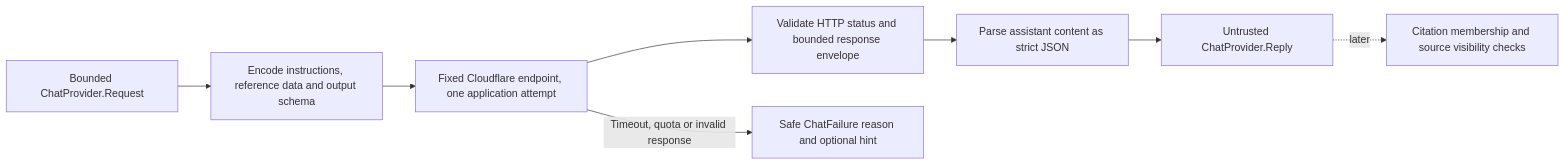
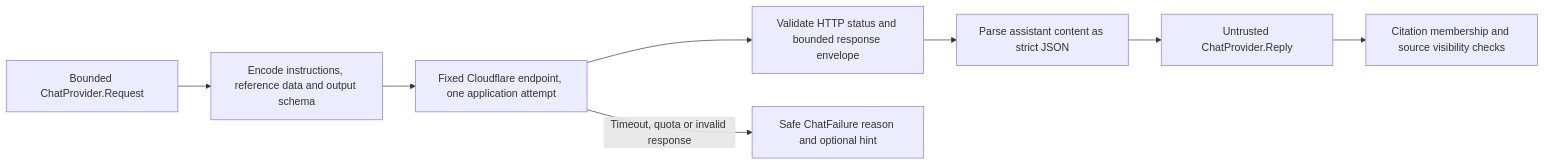
Diagram 27 of 31 in .learnigns/embedding-contract-guide.md (FarukValjevac/SecondBrain), drawn with Mermaid before and after one commit. The commit also changed other lines of this file and 15 other files, not shown here.

````diff
--- a/.learnigns/embedding-contract-guide.md
+++ b/.learnigns/embedding-contract-guide.md
@@ -1306,10 +1306,10 @@
 ```mermaid
 flowchart LR
     Input[Bounded ChatProvider.Request] --> Protocol[Encode instructions, reference data and output schema]
     Protocol --> HTTP[Fixed Cloudflare endpoint, one application attempt]
     HTTP --> Envelope[Validate HTTP status and bounded response envelope]
     Envelope --> Content[Parse assistant content as strict JSON]
     Content --> Candidate[Untrusted ChatProvider.Reply]
-    Candidate -. later .-> Local[Citation membership and source visibility checks]
+    Candidate --> Local[Citation membership and source visibility checks]
     HTTP -->|Timeout, quota or invalid response| Failure[Safe ChatFailure reason and optional hint]
 ```
````
